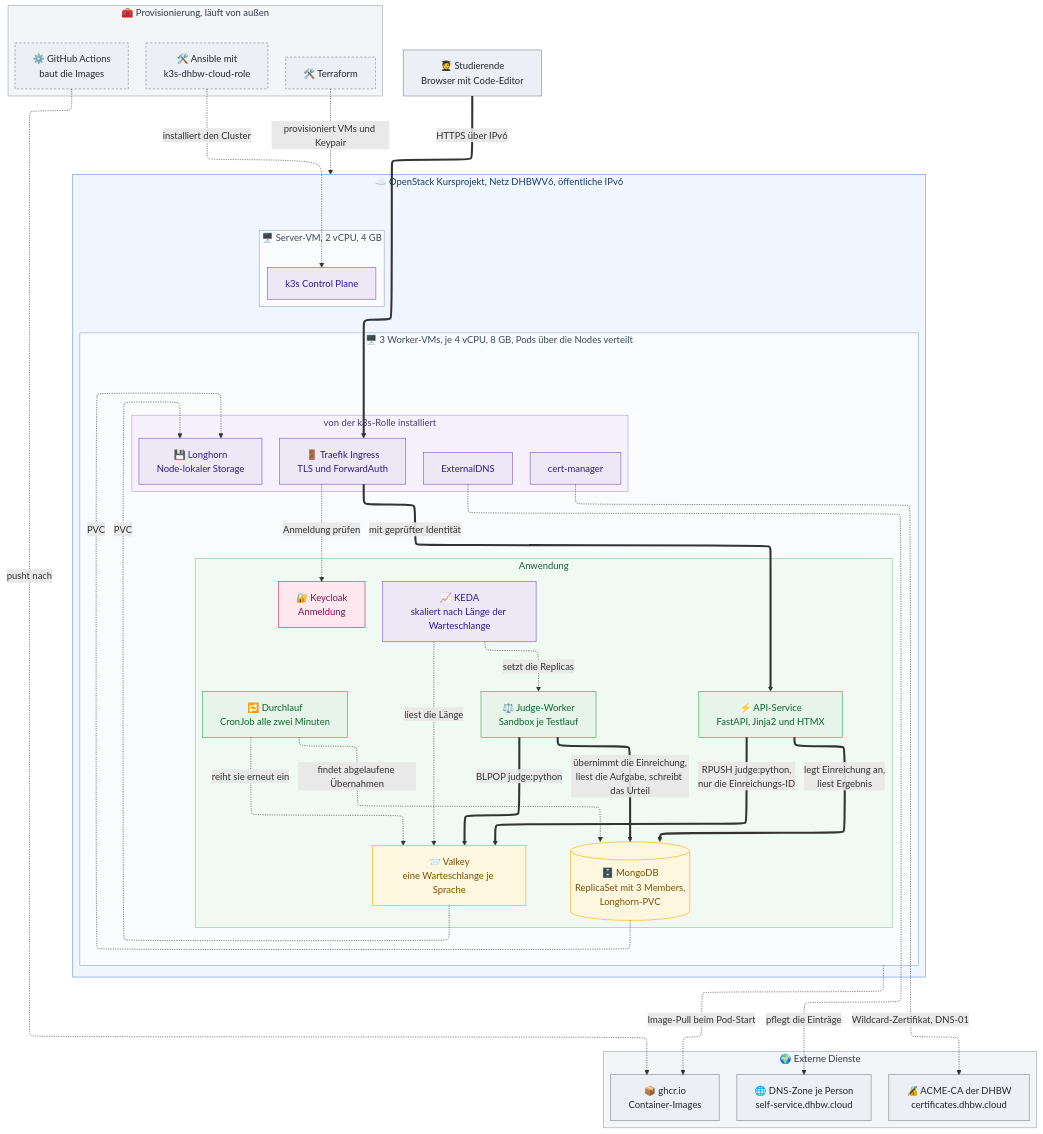
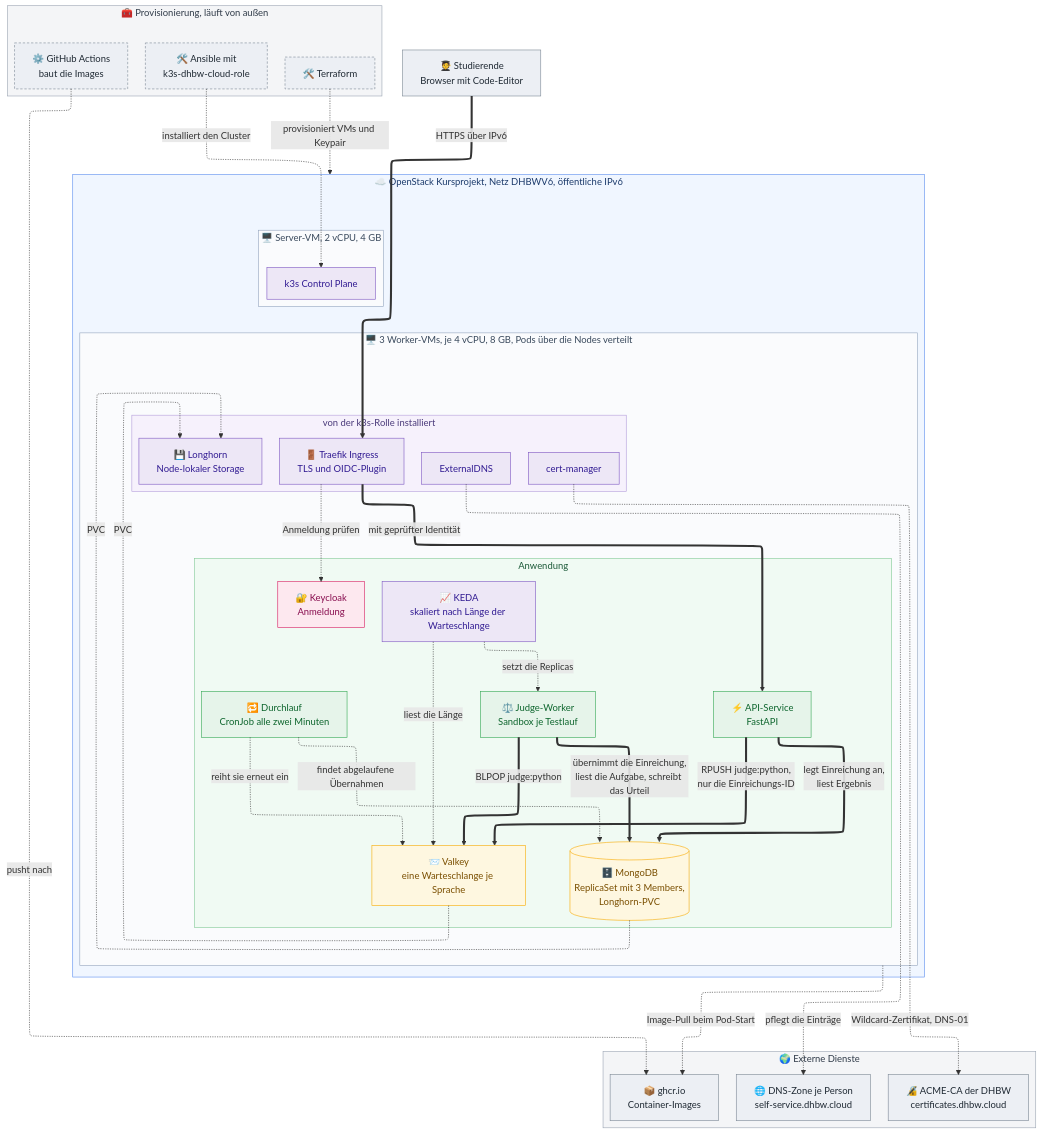
Before and after one commit to litithio/Online-Judge-Cloud: the diagram in docs/diagramme/aufbau.mmd, drawn with Mermaid. The commit also changed 8 other files, not shown here.

First line of the commit message:
Doku: OIDC-Plugin statt ForwardAuth, Einrichtungsblock vollständig

```diff
--- a/docs/diagramme/aufbau.mmd
+++ b/docs/diagramme/aufbau.mmd
@@ -1,93 +1,93 @@
 ---
 # Feste Schrift: mermaid bemisst die Kästen mit der Schrift, die beim
 # Rendern verfügbar ist. Weicht die Anzeigeschrift ab, laufen Texte über
 # die Ränder.
 config:
   # ELK schichtet die Gruppen strikt vertikal und führt Kanten orthogonal.
   # Das Standard-Layout (dagre) verstreute Server-VM und Werkzeuge um den
   # Cluster herum. ELK kann nur der eigene Renderer, nicht GitHub-Mermaid.
   layout: elk
   fontFamily: Arial, Helvetica, sans-serif
 ---
 flowchart TB
     studierende["🧑‍🎓 Studierende<br/>Browser mit Code-Editor"]
 
     subgraph werkzeuge["🧰 Provisionierung, läuft von außen"]
         tf["🛠️ Terraform"]
         ansible["🛠️ Ansible mit<br/>k3s-dhbw-cloud-role"]
         ci["⚙️ GitHub Actions<br/>baut die Images"]
     end
 
     subgraph openstack["☁️ OpenStack Kursprojekt, Netz DHBWV6, öffentliche IPv6"]
         subgraph server["🖥️ Server-VM, 2 vCPU, 4 GB"]
             cp["k3s Control Plane"]
         end
         subgraph workers["🖥️ 3 Worker-VMs, je 4 vCPU, 8 GB, Pods über die Nodes verteilt"]
             subgraph rolle["von der k3s-Rolle installiert"]
-                traefik["🚪 Traefik Ingress<br/>TLS und ForwardAuth"]
+                traefik["🚪 Traefik Ingress<br/>TLS und OIDC-Plugin"]
                 certm["cert-manager"]
                 extdns["ExternalDNS"]
                 longhorn["💾 Longhorn<br/>Node-lokaler Storage"]
             end
             subgraph app["Anwendung"]
                 keycloak["🔐 Keycloak<br/>Anmeldung"]
-                api["⚡ API-Service<br/>FastAPI, Jinja2 und HTMX"]
+                api["⚡ API-Service<br/>FastAPI"]
                 valkey["📨 Valkey<br/>eine Warteschlange je Sprache"]
                 judge["⚖️ Judge-Worker<br/>Sandbox je Testlauf"]
                 keda["📈 KEDA<br/>skaliert nach Länge der Warteschlange"]
                 durchlauf["🔁 Durchlauf<br/>CronJob alle zwei Minuten"]
                 mongo[("🗄️ MongoDB<br/>ReplicaSet mit 3 Members,<br/>Longhorn-PVC")]
             end
         end
     end
 
     subgraph umgebung["🌍 Externe Dienste"]
         dns["🌐 DNS-Zone je Person<br/>self-service.dhbw.cloud"]
         ca["🔏 ACME-CA der DHBW<br/>certificates.dhbw.cloud"]
         ghcr["📦 ghcr.io<br/>Container-Images"]
     end
 
     cp ~~~ traefik
 
     studierende ==>|"HTTPS über IPv6"| traefik
     traefik -.->|"Anmeldung prüfen"| keycloak
     traefik ==>|"mit geprüfter Identität"| api
     api ==>|"RPUSH judge:python,<br/>nur die Einreichungs-ID"| valkey
     judge ==>|"BLPOP judge:python"| valkey
     judge ==>|"übernimmt die Einreichung,<br/>liest die Aufgabe, schreibt das Urteil"| mongo
     api ==>|"legt Einreichung an,<br/>liest Ergebnis"| mongo
     keda -.->|"liest die Länge"| valkey
     keda -.->|"setzt die Replicas"| judge
     durchlauf -.->|"findet abgelaufene Übernahmen"| mongo
     durchlauf -.->|"reiht sie erneut ein"| valkey
 
     tf -.->|"provisioniert VMs und Keypair"| openstack
     ansible -.->|"installiert den Cluster"| cp
     ci -.->|"pusht nach"| ghcr
     workers -.->|"Image-Pull beim Pod-Start"| ghcr
     mongo -.->|"PVC"| longhorn
     valkey -.->|"PVC"| longhorn
     extdns -.->|"pflegt die Einträge"| dns
     certm -.->|"Wildcard-Zertifikat, DNS-01"| ca
 
     classDef extern fill:#eceff4,stroke:#7b8794,color:#1f2933
     classDef werkzeug fill:#eceff4,stroke:#7b8794,color:#1f2933,stroke-dasharray:4 3
     classDef plattform fill:#ede7f6,stroke:#7e57c2,color:#311b92
     classDef anwendung fill:#e6f4ea,stroke:#34a853,color:#0d652d
     classDef daten fill:#fef7e0,stroke:#f9ab00,color:#7a4f01
     classDef auth fill:#fde8ef,stroke:#d81b60,color:#880e4f
 
     class studierende,dns,ca,ghcr extern
     class tf,ansible,ci werkzeug
     class cp,traefik,certm,extdns,longhorn,keda plattform
     class api,judge,durchlauf anwendung
     class valkey,mongo daten
     class keycloak auth
 
     style werkzeuge fill:#f4f5f7,stroke:#9aa4b2,color:#2f3a48
     style umgebung fill:#f4f5f7,stroke:#9aa4b2,color:#2f3a48
     style openstack fill:#f0f6ff,stroke:#5b8def,color:#1b3a6b
     style server fill:#fafbfd,stroke:#93a4bd,color:#3a4a5d
     style workers fill:#fafbfd,stroke:#93a4bd,color:#3a4a5d
     style rolle fill:#f6f1fc,stroke:#b39ddb,color:#4a3a7a
     style app fill:#f0faf3,stroke:#81c995,color:#1e5b3a
```
